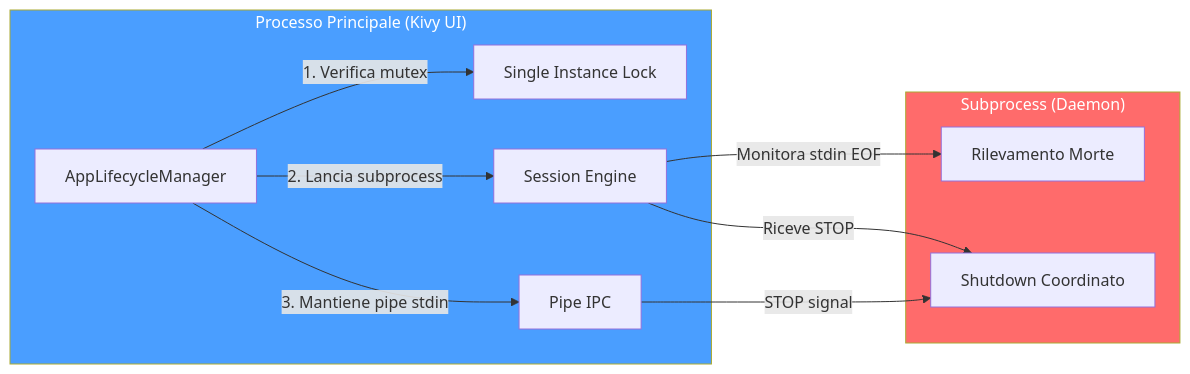
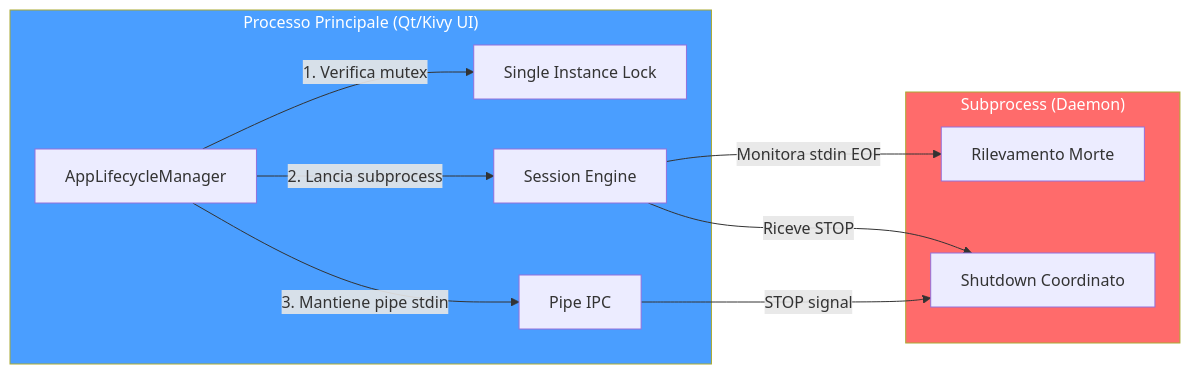
Diagram 11 of 55 in docs/Book-Coach-3.md (renanaugustomacena-ux/Counter-Strike-coach-AI), drawn with Mermaid before and after one commit. The commit also changed other lines of this file and 1 other file, not shown here.

````diff
--- a/docs/Book-Coach-3.md
+++ b/docs/Book-Coach-3.md
@@ -620,16 +672,16 @@
 ```mermaid
 flowchart LR
-    subgraph MAIN["Processo Principale (Kivy UI)"]
+    subgraph MAIN["Processo Principale (Qt/Kivy UI)"]
         LIFE["AppLifecycleManager"]
         LIFE -->|"1. Verifica mutex"| LOCK["Single Instance Lock"]
         LIFE -->|"2. Lancia subprocess"| DAEMON["Session Engine"]
         LIFE -->|"3. Mantiene pipe stdin"| PIPE["Pipe IPC"]
     end
     subgraph BG["Subprocess (Daemon)"]
         DAEMON -->|"Monitora stdin EOF"| DETECT["Rilevamento Morte"]
         DAEMON -->|"Riceve STOP"| SHUT["Shutdown Coordinato"]
     end
     PIPE -->|"STOP signal"| SHUT
     style MAIN fill:#4a9eff,color:#fff
     style BG fill:#ff6b6b,color:#fff
 ```
````
